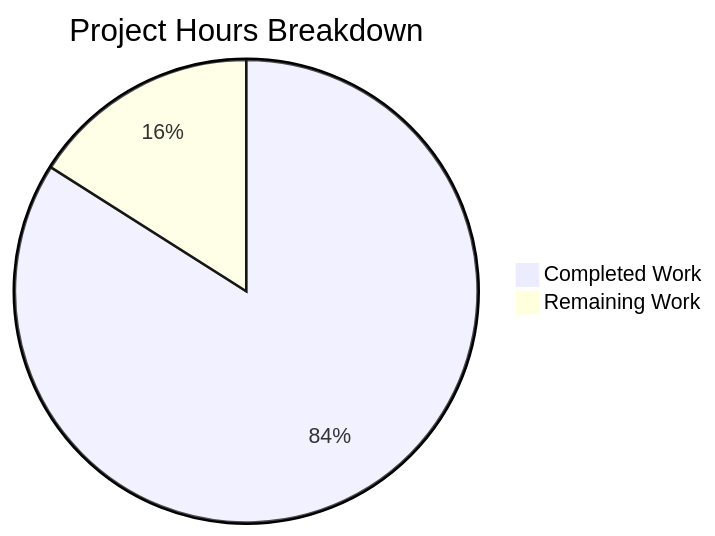
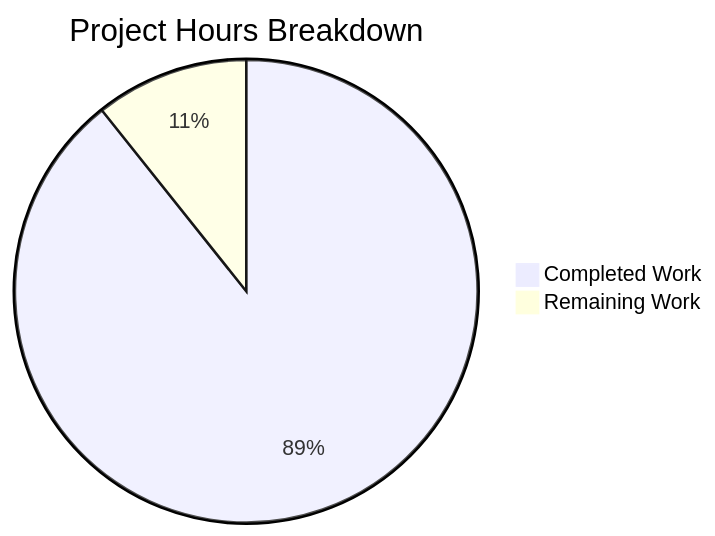
One commit to Sandeep01Kumar/29-dec-existing-projects-qa-test-1 changed the diagram in blitzy/documentation/Project Guide.md. Above: the diagram before and after it, drawn with Mermaid. The commit also changed other lines of this file, not shown here.

Commit message:
Adding Blitzy Project Guide: Project Status and Human Tasks Remaining

````diff
--- a/blitzy/documentation/Project Guide.md
+++ b/blitzy/documentation/Project Guide.md
@@ -93,5 +94,5 @@
 ```mermaid
 pie title Project Hours Breakdown
-    "Completed Work" : 10.5
-    "Remaining Work" : 2.0
+    "Completed Work" : 25
+    "Remaining Work" : 3
 ```
````
